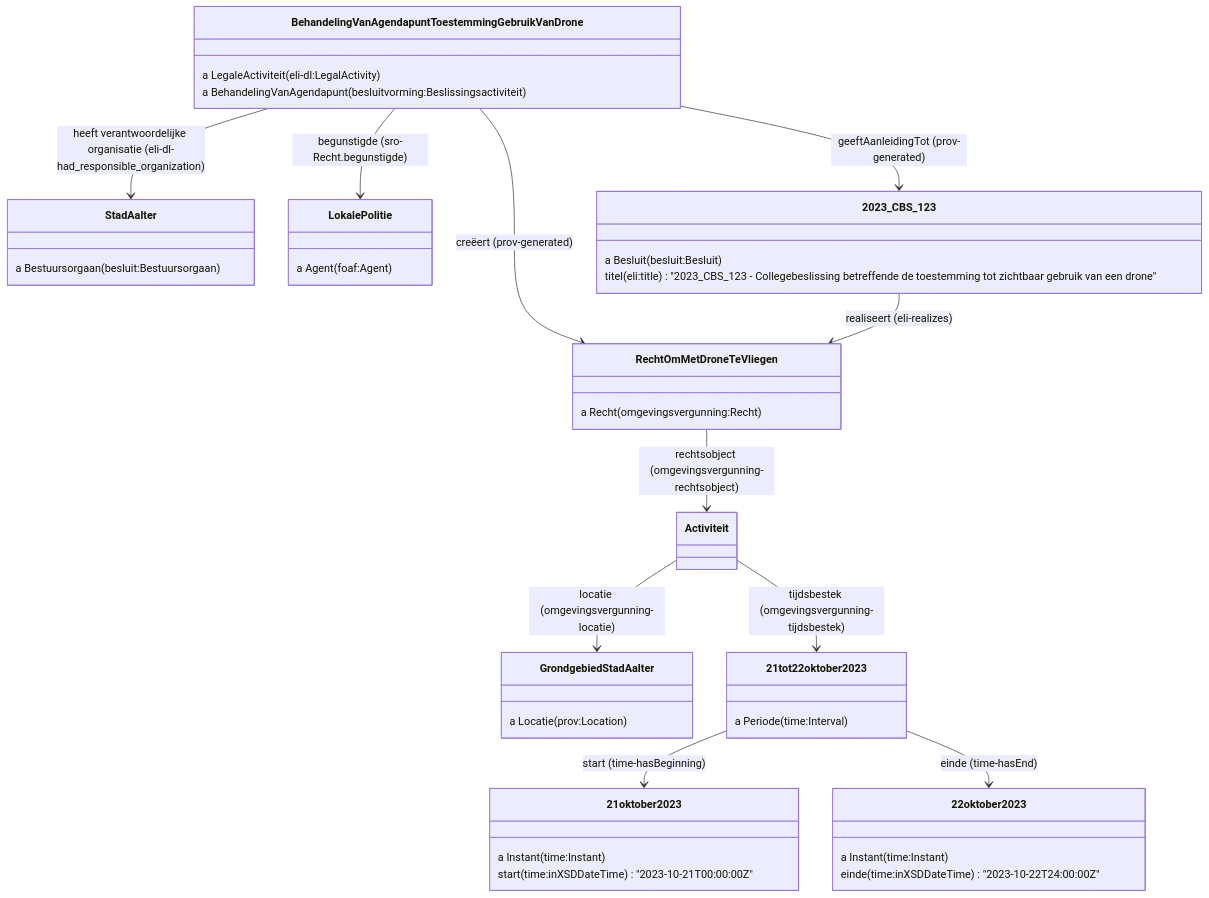
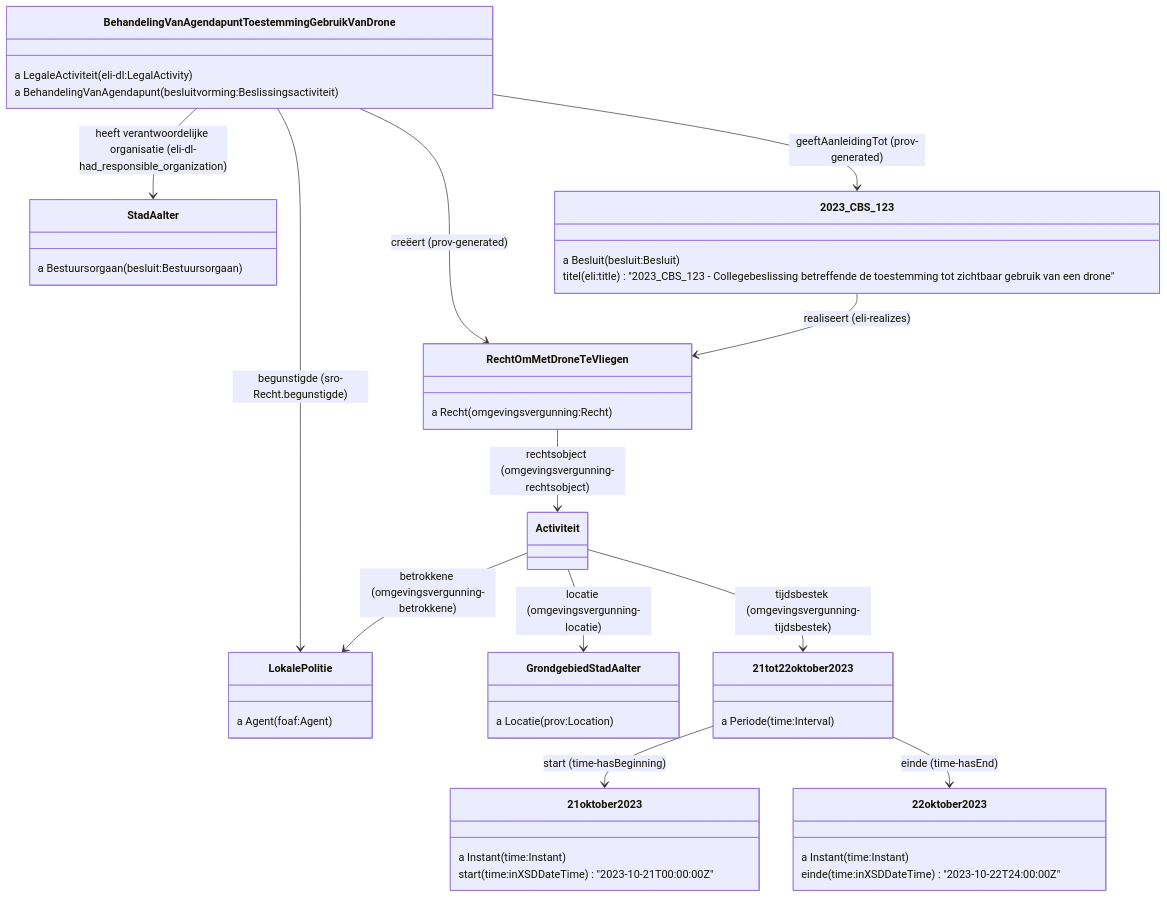
Before and after one commit to Informatievlaanderen/OSLOthema-slimmeRaadpleegOmgeving: diagram 11 of 15 in README.md, drawn with Mermaid.

Commit message:
Add betrokkene

````diff
--- a/README.md
+++ b/README.md
@@ -400,55 +400,56 @@
 ```mermaid
 classDiagram
 BehandelingVanAgendapuntToestemmingGebruikVanDrone --> StadAalter: heeft verantwoordelijke organisatie (eli-dl-had_responsible_organization)
 BehandelingVanAgendapuntToestemmingGebruikVanDrone --> LokalePolitie: begunstigde (sro-Recht.begunstigde)
 BehandelingVanAgendapuntToestemmingGebruikVanDrone --> RechtOmMetDroneTeVliegen: creëert (prov-generated)
 BehandelingVanAgendapuntToestemmingGebruikVanDrone --> 2023_CBS_123: geeftAanleidingTot (prov-generated)
 
 class BehandelingVanAgendapuntToestemmingGebruikVanDrone {
  a LegaleActiviteit (eli-dl:LegalActivity)
  a BehandelingVanAgendapunt (besluitvorming:Beslissingsactiviteit)
 }
 
 class RechtOmMetDroneTeVliegen {
  a Recht (omgevingsvergunning:Recht)
 }
 
 class StadAalter {
  a Bestuursorgaan (besluit:Bestuursorgaan)
 }
 
 class LokalePolitie {
  a Agent (foaf:Agent)
 }
 
 2023_CBS_123 --> RechtOmMetDroneTeVliegen: realiseert (eli-realizes)
 
 RechtOmMetDroneTeVliegen --> Activiteit: rechtsobject (omgevingsvergunning-rechtsobject)
+Activiteit --> LokalePolitie: betrokkene (omgevingsvergunning-betrokkene)
 Activiteit --> GrondgebiedStadAalter: locatie (omgevingsvergunning-locatie)
 Activiteit --> 21tot22oktober2023: tijdsbestek (omgevingsvergunning-tijdsbestek)
 
 class 2023_CBS_123 {
  a Besluit (besluit:Besluit)
 titel (eli:title) "2023_CBS_123 - Collegebeslissing betreffende de toestemming tot zichtbaar gebruik van een drone"
 }
 
 class GrondgebiedStadAalter {
   a Locatie (prov:Location)
 }
 
 class 21tot22oktober2023 {
  a Periode (time:Interval)
 }
 
 class 21oktober2023 {
  a Instant (time:Instant)
  start (time:inXSDDateTime) "2023-10-21T00:00:00Z"
 }
 
 class 22oktober2023 {
  a Instant (time:Instant)
  einde (time:inXSDDateTime) "2023-10-22T24:00:00Z"
 }
 21tot22oktober2023 --> 21oktober2023: start (time-hasBeginning)
 21tot22oktober2023 --> 22oktober2023: einde (time-hasEnd)
 ```
````
